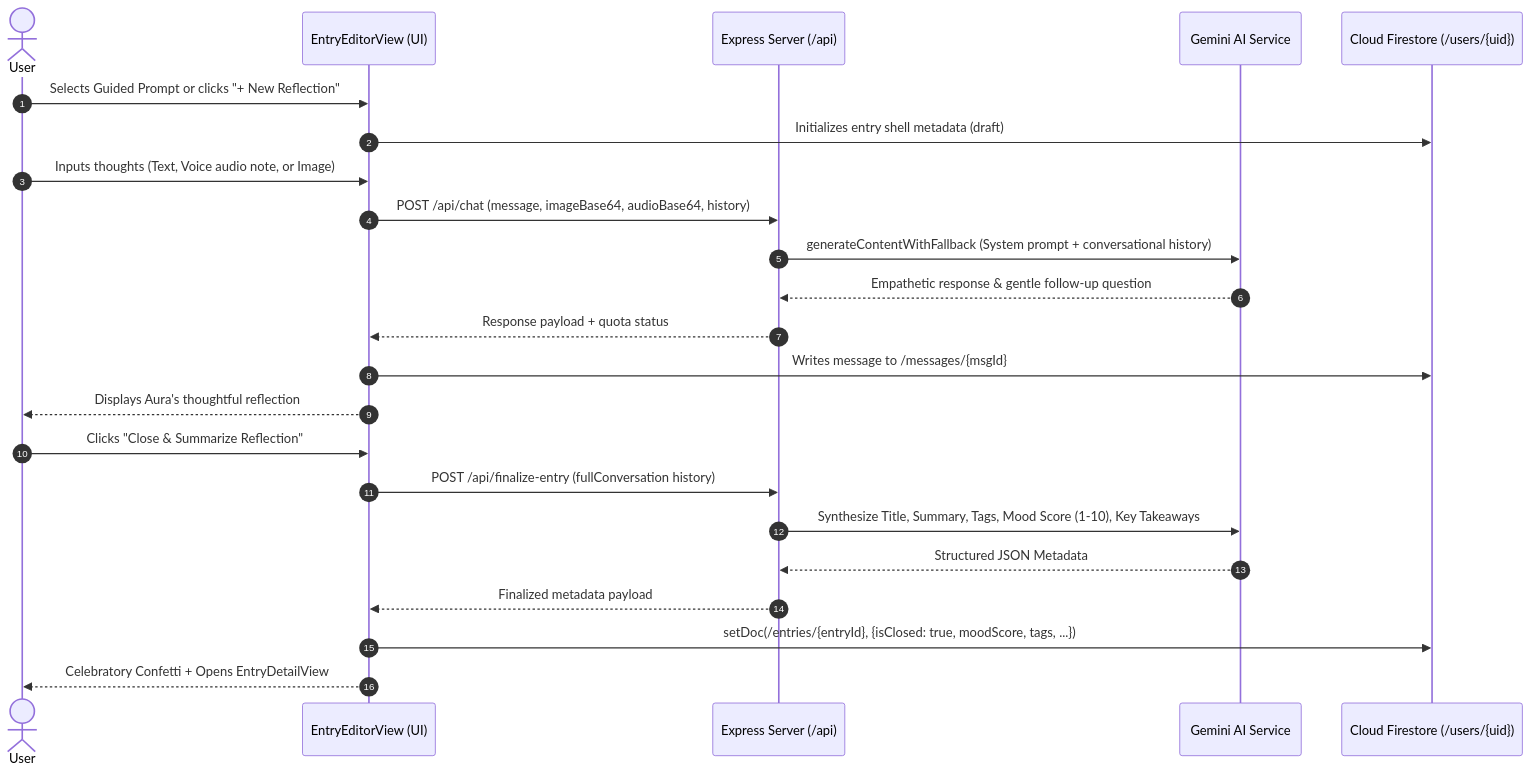
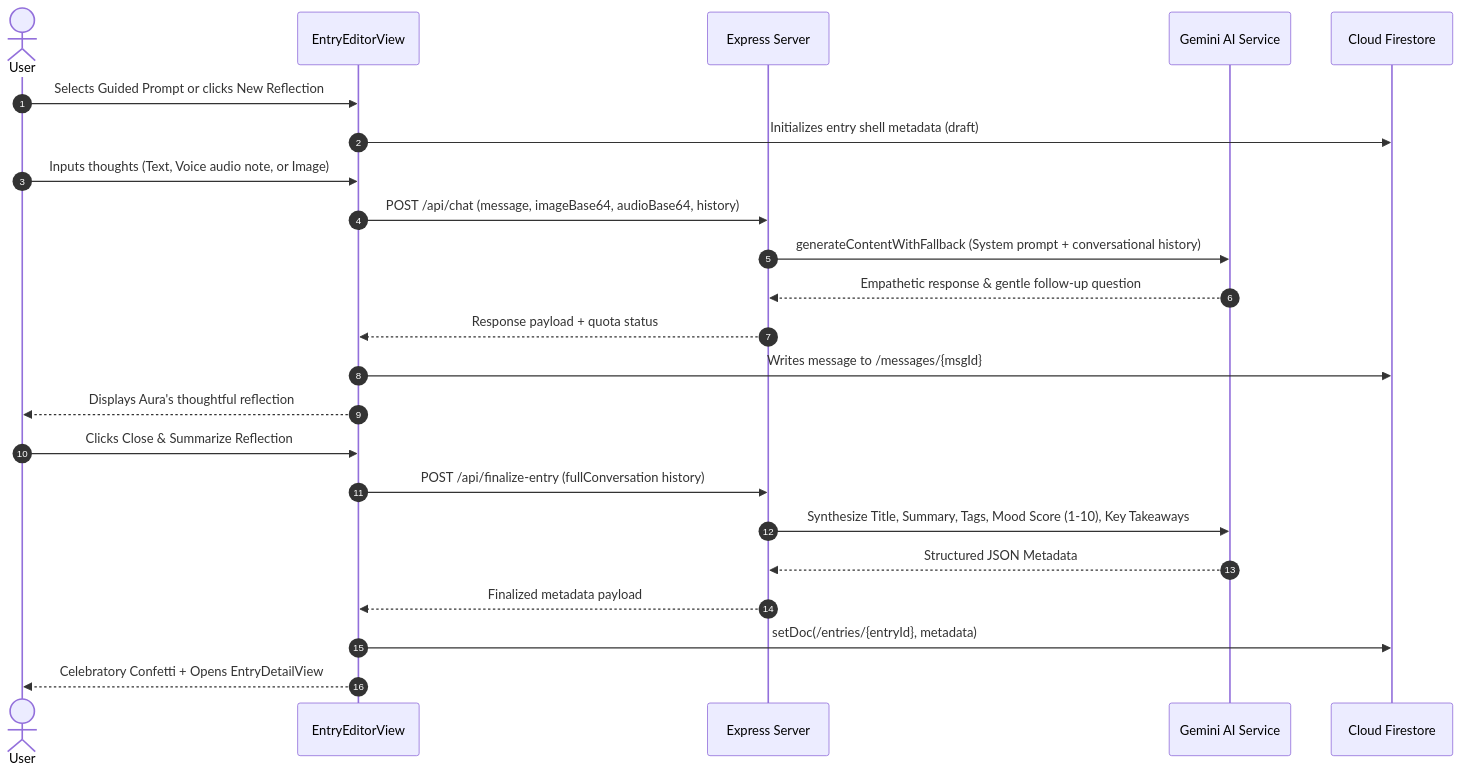
One commit to shivam-786-sys/AuraReflect-AI changed the second of 4 diagrams in README.md. Above: the diagram before and after it, drawn with Mermaid. The commit also changed other lines of this file, not shown here.

First line of the commit message:
docs: update system architecture diagram in README

````diff
--- a/README.md
+++ b/README.md
@@ -93,27 +93,27 @@
 ```mermaid
 sequenceDiagram
     autonumber
     actor User
-    participant Editor as EntryEditorView (UI)
-    participant Server as Express Server (/api)
+    participant Editor as EntryEditorView
+    participant Server as Express Server
     participant Gemini as Gemini AI Service
-    participant Firestore as Cloud Firestore (/users/{uid})
+    participant Firestore as Cloud Firestore
 
-    User->>Editor: Selects Guided Prompt or clicks "+ New Reflection"
+    User->>Editor: Selects Guided Prompt or clicks New Reflection
     Editor->>Firestore: Initializes entry shell metadata (draft)
     User->>Editor: Inputs thoughts (Text, Voice audio note, or Image)
     Editor->>Server: POST /api/chat (message, imageBase64, audioBase64, history)
     Server->>Gemini: generateContentWithFallback (System prompt + conversational history)
     Gemini-->>Server: Empathetic response & gentle follow-up question
     Server-->>Editor: Response payload + quota status
     Editor->>Firestore: Writes message to /messages/{msgId}
     Editor-->>User: Displays Aura's thoughtful reflection
 
-    User->>Editor: Clicks "Close & Summarize Reflection"
+    User->>Editor: Clicks Close & Summarize Reflection
     Editor->>Server: POST /api/finalize-entry (fullConversation history)
     Server->>Gemini: Synthesize Title, Summary, Tags, Mood Score (1-10), Key Takeaways
     Gemini-->>Server: Structured JSON Metadata
     Server-->>Editor: Finalized metadata payload
-    Editor->>Firestore: setDoc(/entries/{entryId}, {isClosed: true, moodScore, tags, ...})
+    Editor->>Firestore: setDoc(/entries/{entryId}, metadata)
     Editor-->>User: Celebratory Confetti + Opens EntryDetailView
 ```
````
